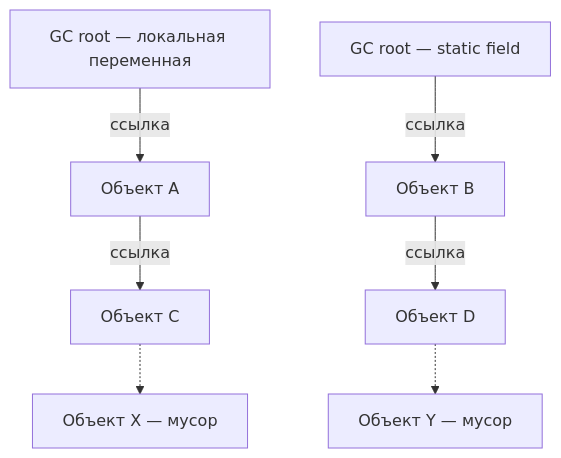
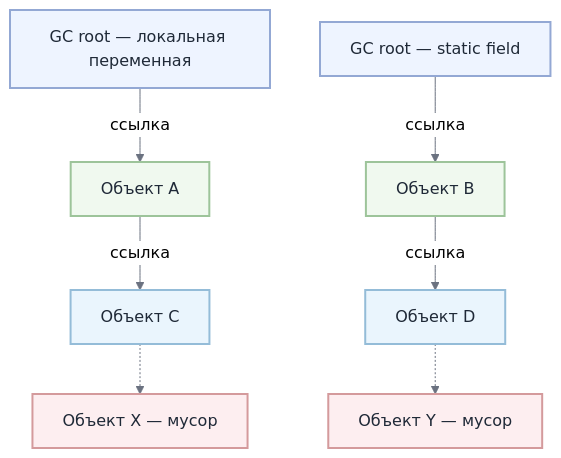
One commit to MishaSytch/middle_java_back changed the first of 3 diagrams in docs/interview/memory-gc.md. Above: the diagram before and after it, drawn with Mermaid. The commit also changed other lines of this file and 15 other files, not shown here.

````diff
--- a/docs/interview/memory-gc.md
+++ b/docs/interview/memory-gc.md
@@ -37,11 +37,24 @@
 ```mermaid
+%%{init: { 'theme': 'neutral', 'themeVariables': { 'primaryColor': '#ffffff', 'primaryTextColor': '#1f2937', 'lineColor': '#6b7280', 'primaryBorderColor': '#d1d5db', 'secondaryColor': '#f3f4f6', 'tertiaryColor': '#e5e7eb' } } }%%
 flowchart TD
     R1[GC root — локальная переменная] -->|ссылка| A[Объект A]
     R2[GC root — static field] -->|ссылка| B[Объект B]
     A -->|ссылка| C[Объект C]
     B -->|ссылка| D[Объект D]
     X[Объект X — мусор]
     Y[Объект Y — мусор]
     C -.-> X
     D -.-> Y
+    classDef n0 fill:#eef4ff,stroke:#93a8d4,stroke-width:2px,color:#1f2937
+    classDef n1 fill:#f0f9ef,stroke:#9dc49a,stroke-width:2px,color:#1f2937
+    classDef n2 fill:#eaf5fd,stroke:#94bcd8,stroke-width:2px,color:#1f2937
+    classDef n3 fill:#fdeef0,stroke:#d49a9c,stroke-width:2px,color:#1f2937
+    class R1 n0
+    class R2 n0
+    class A n1
+    class B n1
+    class C n2
+    class D n2
+    class X n3
+    class Y n3
 ```
````
